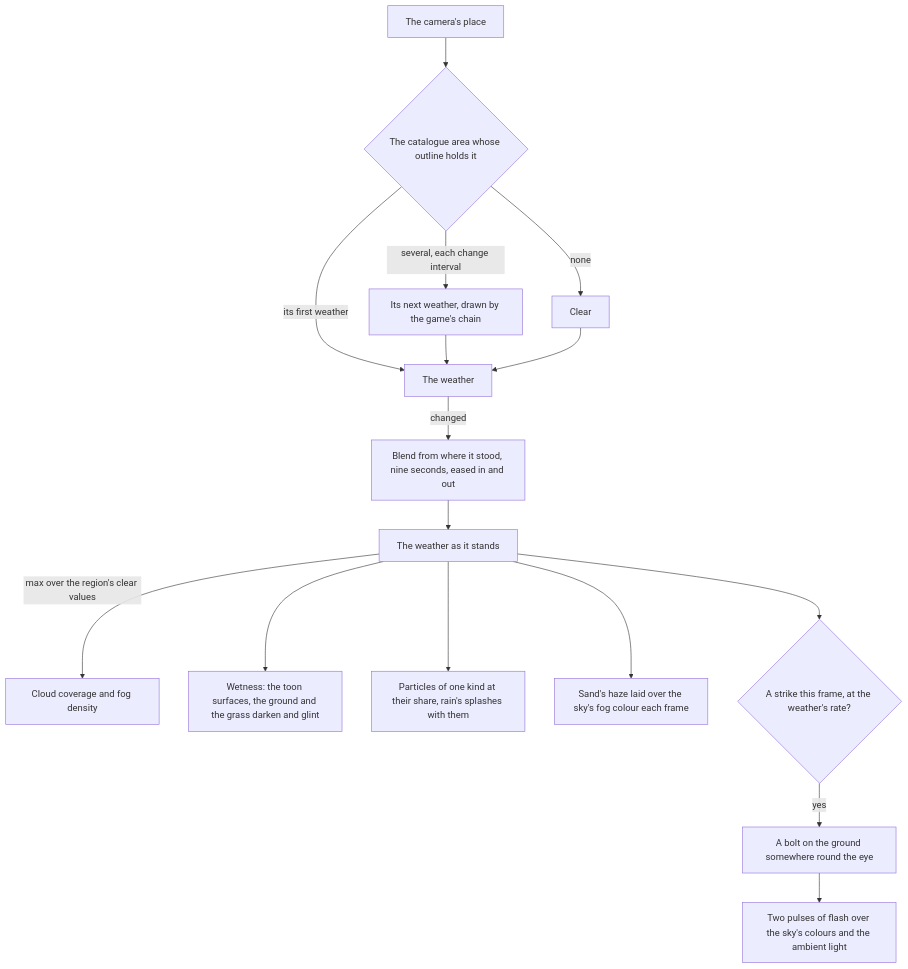
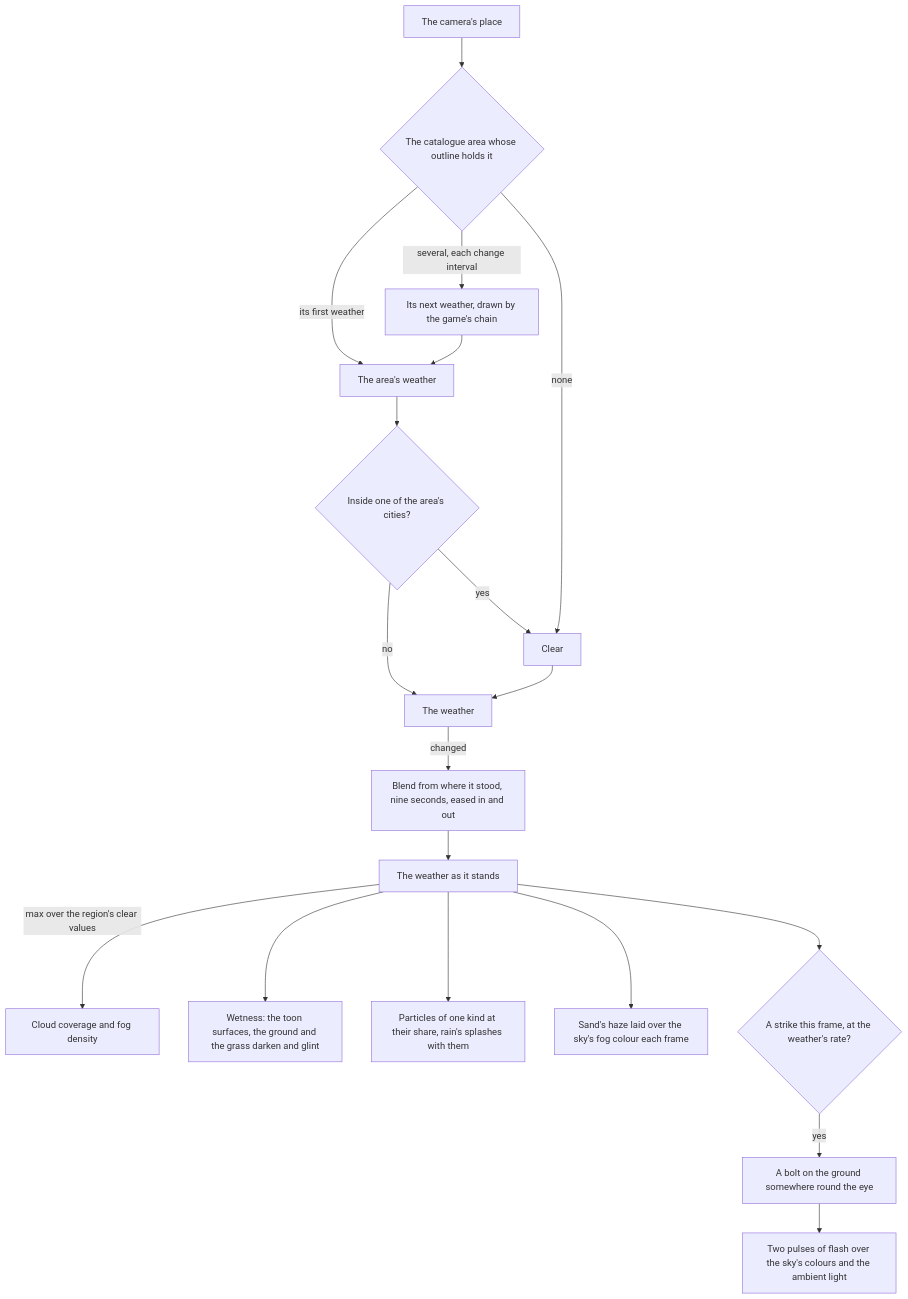
Before and after one commit to Esposter/Esposter: the diagram in apps/web/content/docs/genshin/weather.md, drawn with Mermaid. The commit also changed other lines of this file and 5 other files, not shown here.

First line of the commit message:
feat(genshin-world): a city holds the weather clear inside its outlines while its area's turn goes on outside

````diff
--- a/apps/web/content/docs/genshin/weather.md
+++ b/apps/web/content/docs/genshin/weather.md
@@ -12,18 +12,21 @@
 ```mermaid
 flowchart TD
   CAM[The camera's place] --> AREA{The catalogue area whose outline holds it}
-  AREA -->|its first weather| W[The weather]
+  AREA -->|its first weather| AW[The area's weather]
   AREA -->|several, each change interval| TURN["Its next weather, drawn by the game's chain"]
-  TURN --> W
-  AREA -->|none| CLEAR[Clear]
+  TURN --> AW
+  AW --> CITY{"Inside one of the area's cities?"}
+  CITY -->|no| W[The weather]
+  CITY -->|yes| CLEAR[Clear]
+  AREA -->|none| CLEAR
   CLEAR --> W
   W -->|changed| BLEND["Blend from where it stood, nine seconds, eased in and out"]
   BLEND --> STATE[The weather as it stands]
   STATE -->|max over the region's clear values| SKY[Cloud coverage and fog density]
   STATE --> WET[Wetness: the toon surfaces, the ground and the grass darken and glint]
   STATE --> PU["Particles of one kind at their share, rain's splashes with them"]
   STATE --> TINT["Sand's haze laid over the sky's fog colour each frame"]
   STATE --> RATE{A strike this frame, at the weather's rate?}
   RATE -->|yes| BOLT[A bolt on the ground somewhere round the eye]
   BOLT --> FLASH["Two pulses of flash over the sky's colours and the ambient light"]
 ```
````
